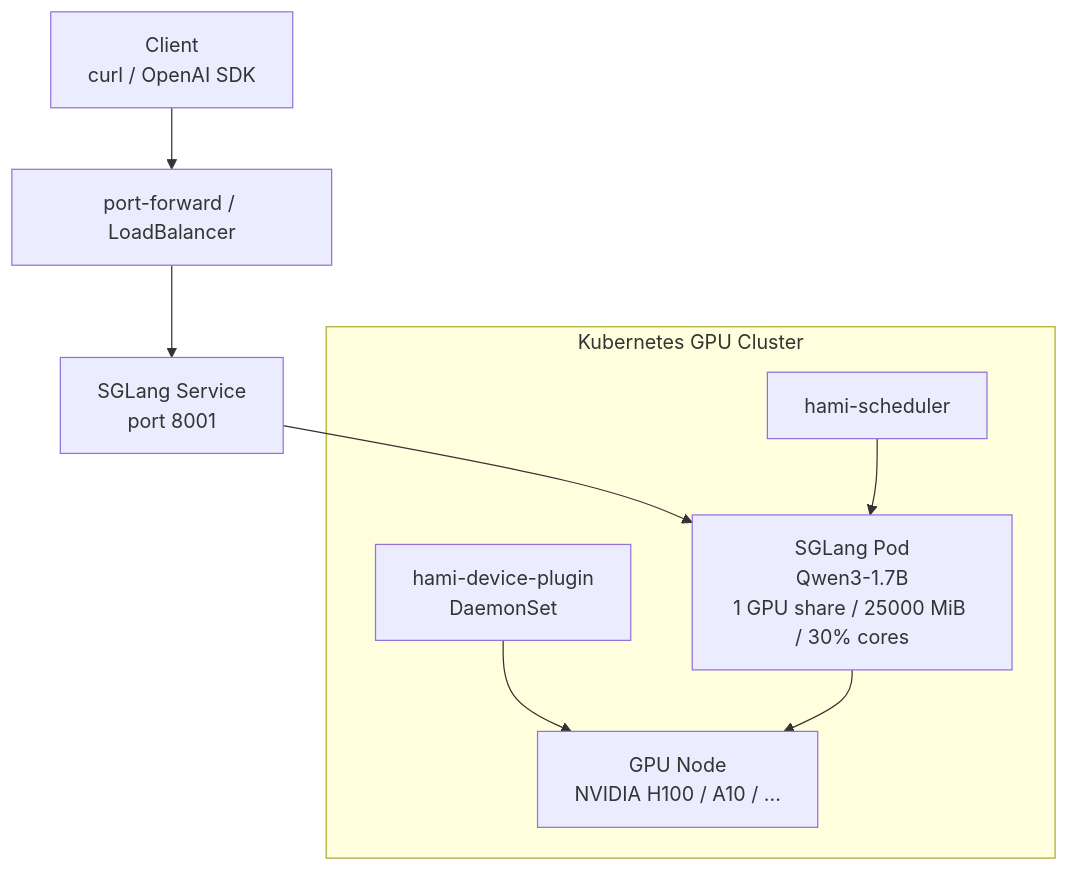
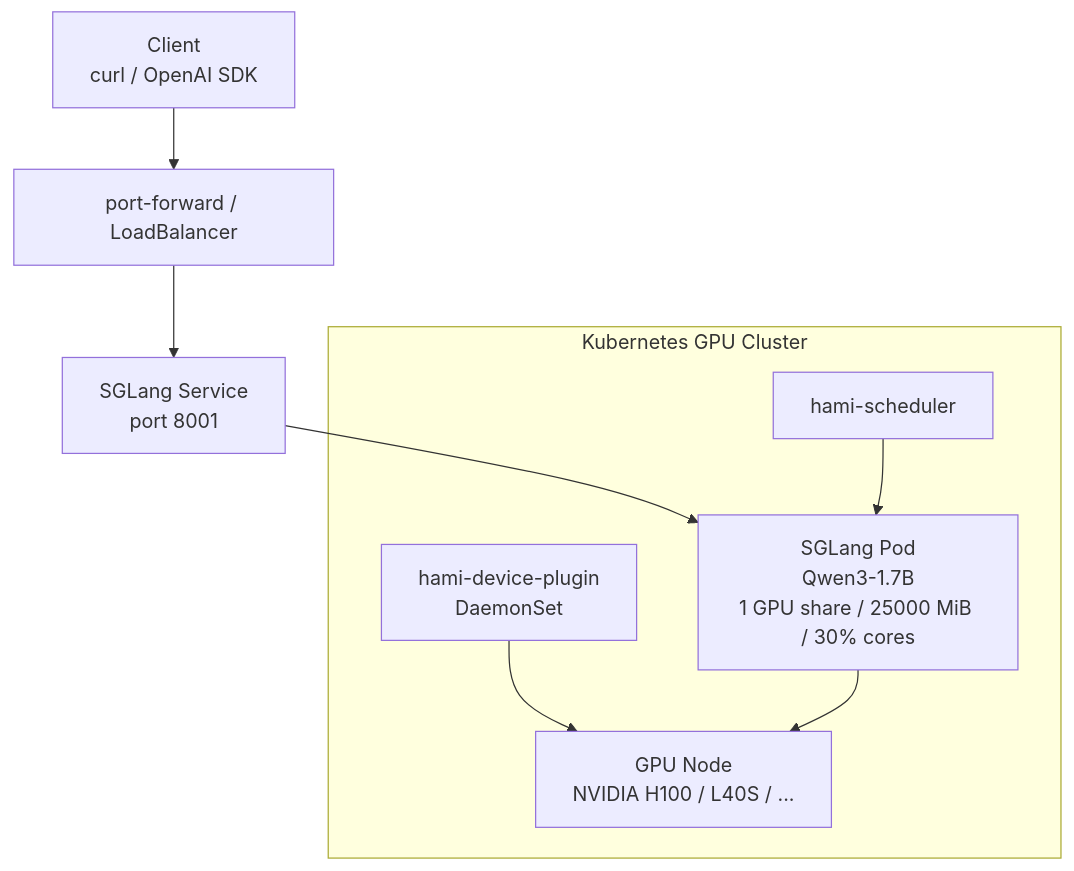
One commit to rudrakshkarpe/HAMi-website changed the second of 2 diagrams in tutorials/labs/hami-sglang.md. Above: the diagram before and after it, drawn with Mermaid. The commit also changed other lines of this file and 1 other file, not shown here.

````diff
--- a/tutorials/labs/hami-sglang.md
+++ b/tutorials/labs/hami-sglang.md
@@ -49,18 +49,18 @@
 ```mermaid
 %% title: HAMi + SGLang Deployment Architecture
 flowchart TB
     Client["Client<br/>curl / OpenAI SDK"] --> PF["port-forward / LoadBalancer"]
     PF --> SVC["SGLang Service<br/>port 8001"]
     SVC --> POD["SGLang Pod<br/>Qwen3-1.7B<br/>1 GPU share / 25000 MiB / 30% cores"]
 
     subgraph K8S["Kubernetes GPU Cluster"]
       HAMI_S["hami-scheduler"]
       HAMI_D["hami-device-plugin<br/>DaemonSet"]
       POD
-      N1["GPU Node<br/>NVIDIA H100 / A10 / ..."]
+      N1["GPU Node<br/>NVIDIA H100 / L40S / ..."]
     end
 
     HAMI_S --> POD
     HAMI_D --> N1
     POD --> N1
 ```
````
